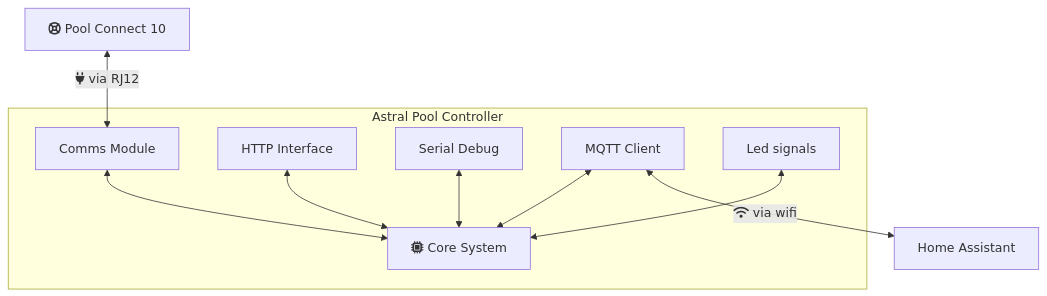
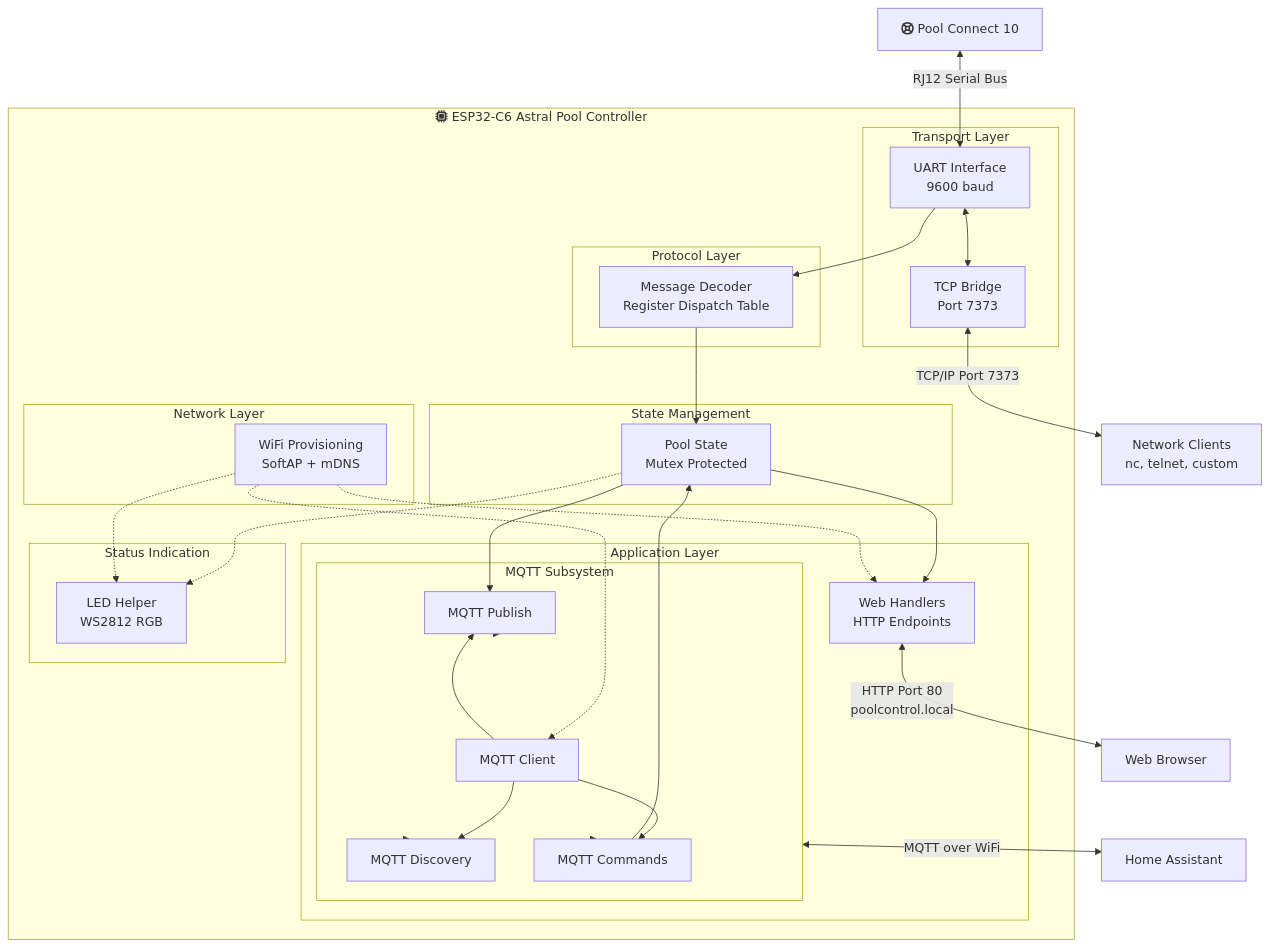
The diagram in README.md (marklynch/pool-controller-code), drawn with Mermaid before and after one commit. The commit also changed other lines of this file and 6 other files, not shown here.

````diff
--- a/README.md
+++ b/README.md
@@ -84,24 +87,65 @@
 ```mermaid
 flowchart TD
 
     Pool[fa:fa-life-ring Pool Connect 10]
 
-    subgraph Astral Pool Controller
-        Comms[Comms Module]
-        Core[fa:fa-microchip Core System]
-        Web[HTTP Interface]
-        Telnet[Serial Debug]
-        MQTT[MQTT Client]
-        LED[Led signals]
+    subgraph ESP32-C6[fa:fa-microchip ESP32-C6 Astral Pool Controller]
+        subgraph Transport[Transport Layer]
+            UART[UART Interface<br/>9600 baud]
+            TCP[TCP Bridge<br/>Port 7373]
+        end
+
+        subgraph Protocol[Protocol Layer]
+            Decoder[Message Decoder<br/>Register Dispatch Table]
+        end
+
+        subgraph State[State Management]
+            PoolState[Pool State<br/>Mutex Protected]
+        end
+
+        subgraph Network[Network Layer]
+            WiFi[WiFi Provisioning<br/>SoftAP + mDNS]
+        end
+
+        subgraph Application[Application Layer]
+            WebAPI[Web Handlers<br/>HTTP Endpoints]
+
+            subgraph MQTTSub[MQTT Subsystem]
+                MQTTClient[MQTT Client]
+                MQTTPub[MQTT Publish]
+                MQTTDisc[MQTT Discovery]
+                MQTTCmd[MQTT Commands]
+            end
+        end
+
+        subgraph Status[Status Indication]
+            LED[LED Helper<br/>WS2812 RGB]
+        end
+
+        UART <--> TCP
+        UART --> Decoder
+        Decoder --> PoolState
+        PoolState --> MQTTPub
+        PoolState --> WebAPI
+        MQTTCmd --> PoolState
+        WiFi -.-> WebAPI
+        WiFi -.-> MQTTClient
+        MQTTClient --> MQTTPub
+        MQTTClient --> MQTTDisc
+        MQTTClient --> MQTTCmd
+        MQTTPub --> MQTTSub
+        MQTTDisc --> MQTTSub
+        MQTTCmd --> MQTTSub
+        PoolState -.-> LED
+        WiFi -.-> LED
     end
 
+    Clients[Network Clients<br/>nc, telnet, custom]
+    Browser[Web Browser]
     HA[Home Assistant]
 
-    Pool <-->|fa:fa-plug via RJ12| Comms
-    Comms <--> Core
-    Web <--> Core
-    MQTT <--> Core
-    Telnet <--> Core
-    LED <--> Core
-    MQTT <-->|fa:fa-wifi via wifi| HA
+    Pool <-->|RJ12 Serial Bus| UART
+    TCP <-->|TCP/IP Port 7373| Clients
+    WebAPI <-->|HTTP Port 80<br/>poolcontrol.local| Browser
+    MQTTSub <-->|MQTT over WiFi| HA
 ```
````
